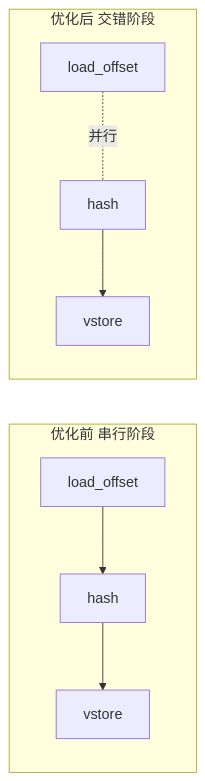
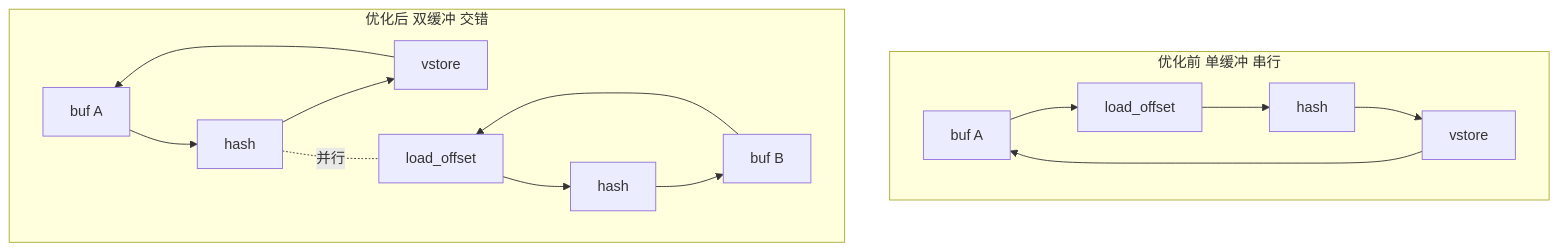
Before and after one commit to findshan/anthropic_performance_solution: the first of 3 diagrams in optimizations/v0.4-optimizations_zh.md, drawn with Mermaid. The commit also changed other lines of this file and 13 other files, not shown here.

````diff
--- a/optimizations/v0.4-optimizations_zh.md
+++ b/optimizations/v0.4-optimizations_zh.md
@@ -36,10 +37,11 @@
 ```mermaid
-flowchart LR
-  subgraph Before["优化前 串行阶段"]
-    B1["load_offset"] --> B2["hash"] --> B3["vstore"]
+flowchart TB
+  subgraph Before["优化前 单缓冲 串行"]
+    B0["buf A"] --> B1["load_offset"] --> B2["hash"] --> B3["vstore"] --> B0
   end
-  subgraph After["优化后 交错阶段"]
-    A1["load_offset"] -. 并行 .- A2["hash"]
-    A2 --> A3["vstore"]
+  subgraph After["优化后 双缓冲 交错"]
+    A0["buf A"] --> A1["hash"] --> A2["vstore"] --> A0
+    C0["buf B"] --> C1["load_offset"] --> C2["hash"] --> C0
+    A1 -. 并行 .- C1
   end
 ```
````
